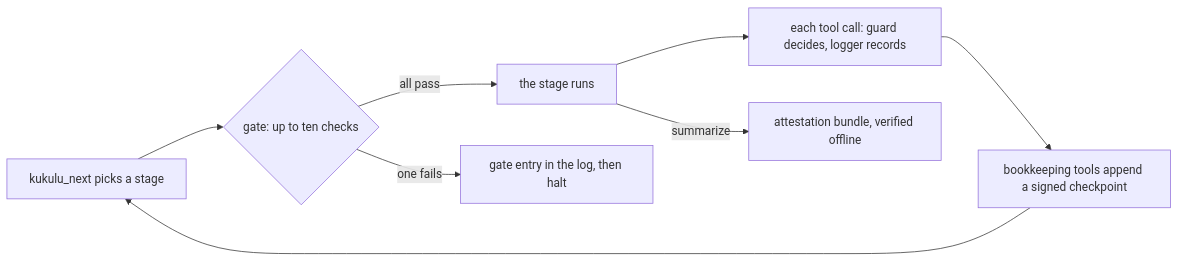
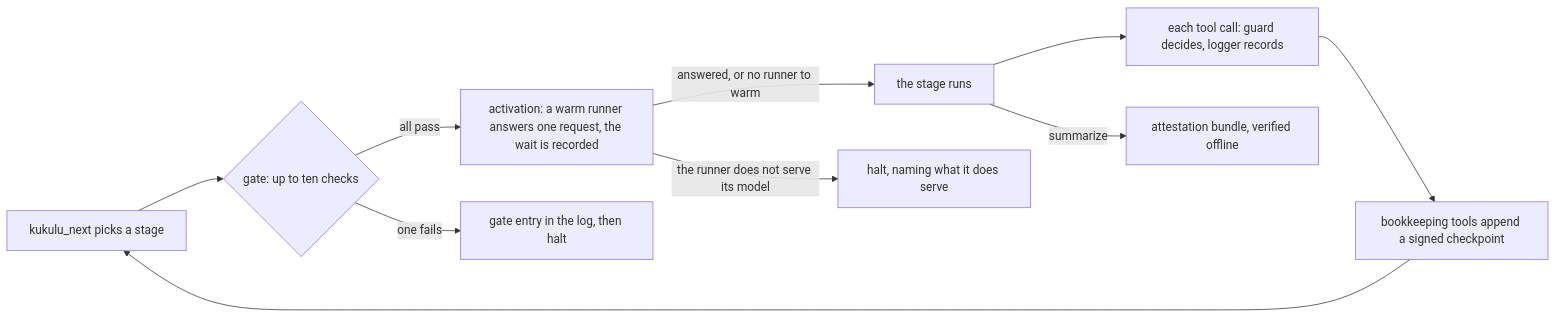
Before and after one commit to DisplaceTech/kukulu: the third of 5 diagrams in docs/architecture.md, drawn with Mermaid. The commit also changed other lines of this file and 5 other files, not shown here.

````diff
--- a/docs/architecture.md
+++ b/docs/architecture.md
@@ -107,10 +116,12 @@
 ```mermaid
 flowchart LR
     N["kukulu_next picks a stage"] --> G{"gate: up to ten checks"}
-    G -->|"all pass"| S["the stage runs"]
+    G -->|"all pass"| ACT["activation: a warm runner answers one request, the wait is recorded"]
+    ACT -->|"answered, or no runner to warm"| S["the stage runs"]
+    ACT -->|"the runner does not serve its model"| HR["halt, naming what it does serve"]
     G -->|"one fails"| H["gate entry in the log, then halt"]
     S --> T["each tool call: guard decides, logger records"]
     T --> C["bookkeeping tools append a signed checkpoint"]
     C --> N
     S -->|"summarize"| A["attestation bundle, verified offline"]
 ```
````
